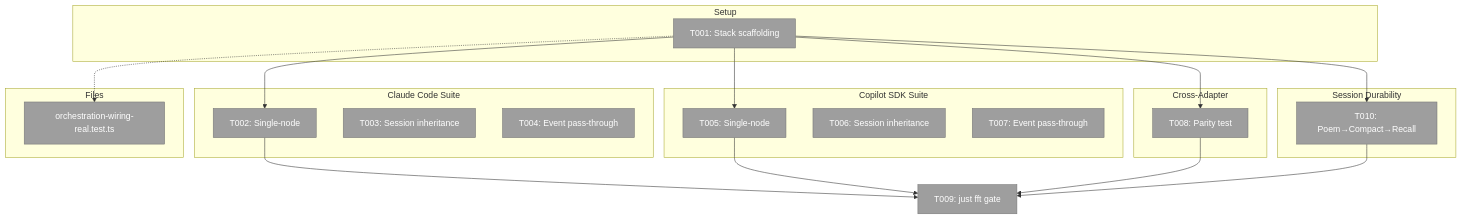
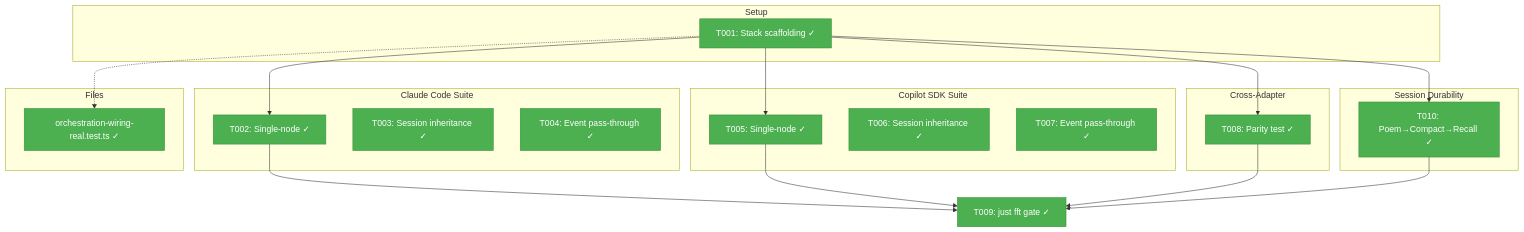
Before and after one commit to AI-Substrate/chainglass: the diagram in docs/plans/035-agent-orchestration-wiring/tasks/phase-4-real-agent-wiring-integration-tests/tasks.md, drawn with Mermaid. The commit also changed other lines of this file and 2 other files, not shown here.

````diff
--- a/docs/plans/035-agent-orchestration-wiring/tasks/phase-4-real-agent-wiring-integration-tests/tasks.md
+++ b/docs/plans/035-agent-orchestration-wiring/tasks/phase-4-real-agent-wiring-integration-tests/tasks.md
@@ -86,46 +86,46 @@
 ```mermaid
 flowchart TD
     classDef pending fill:#9E9E9E,stroke:#757575,color:#fff
     classDef completed fill:#4CAF50,stroke:#388E3C,color:#fff
 
     subgraph Setup["Setup"]
-        T001["T001: Stack scaffolding"]:::pending
+        T001["T001: Stack scaffolding ✓"]:::completed
     end
 
     subgraph Claude["Claude Code Suite"]
-        T002["T002: Single-node"]:::pending
-        T003["T003: Session inheritance"]:::pending
-        T004["T004: Event pass-through"]:::pending
+        T002["T002: Single-node ✓"]:::completed
+        T003["T003: Session inheritance ✓"]:::completed
+        T004["T004: Event pass-through ✓"]:::completed
     end
 
     subgraph Copilot["Copilot SDK Suite"]
-        T005["T005: Single-node"]:::pending
-        T006["T006: Session inheritance"]:::pending
-        T007["T007: Event pass-through"]:::pending
+        T005["T005: Single-node ✓"]:::completed
+        T006["T006: Session inheritance ✓"]:::completed
+        T007["T007: Event pass-through ✓"]:::completed
     end
 
     subgraph Parity["Cross-Adapter"]
-        T008["T008: Parity test"]:::pending
+        T008["T008: Parity test ✓"]:::completed
     end
 
     subgraph Durability["Session Durability"]
-        T010["T010: Poem→Compact→Recall"]:::pending
+        T010["T010: Poem→Compact→Recall ✓"]:::completed
     end
 
-    T009["T009: just fft gate"]:::pending
+    T009["T009: just fft gate ✓"]:::completed
 
     T001 --> T002
     T001 --> T005
     T001 --> T008
     T001 --> T010
     T002 --> T009
     T005 --> T009
     T008 --> T009
     T010 --> T009
 
     subgraph Files["Files"]
-        F1["orchestration-wiring-real.test.ts"]:::pending
+        F1["orchestration-wiring-real.test.ts ✓"]:::completed
     end
 
     T001 -.-> F1
 ```
````
